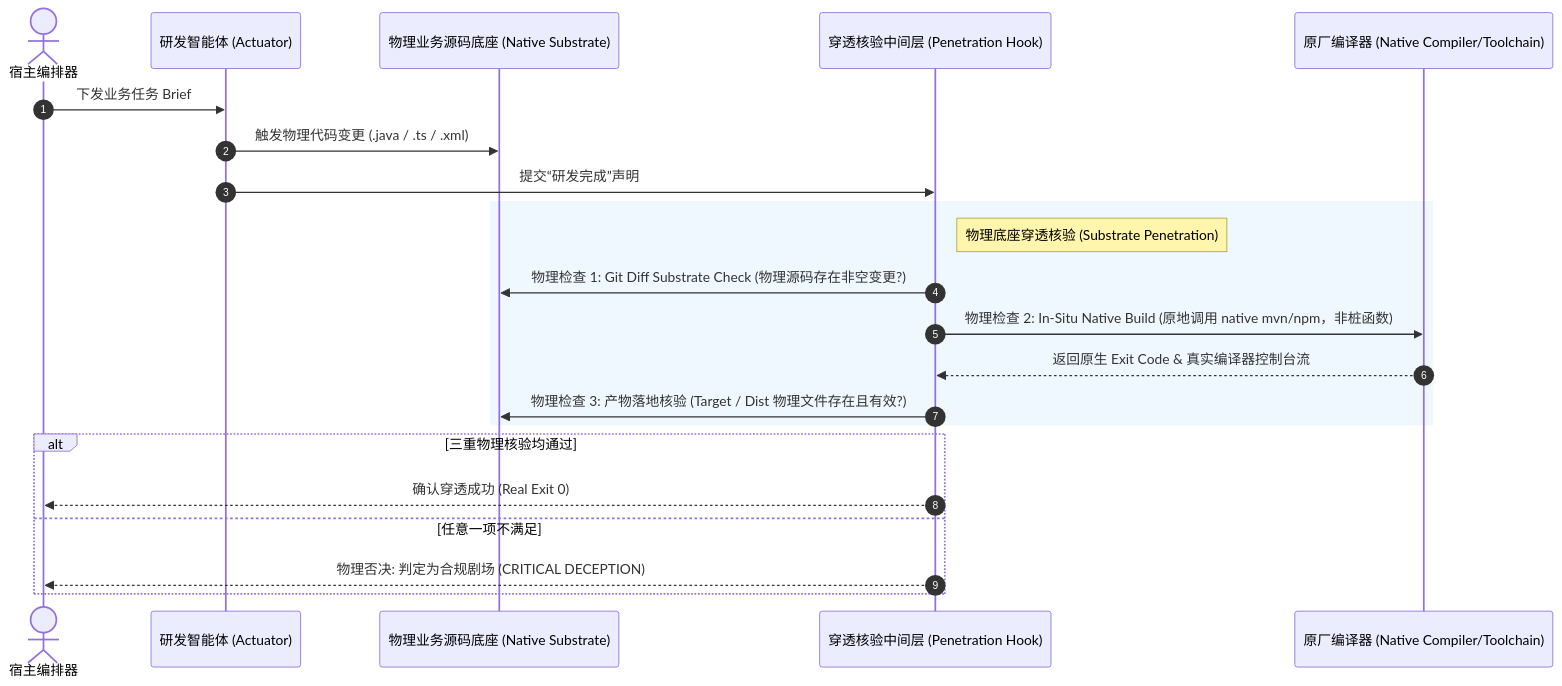
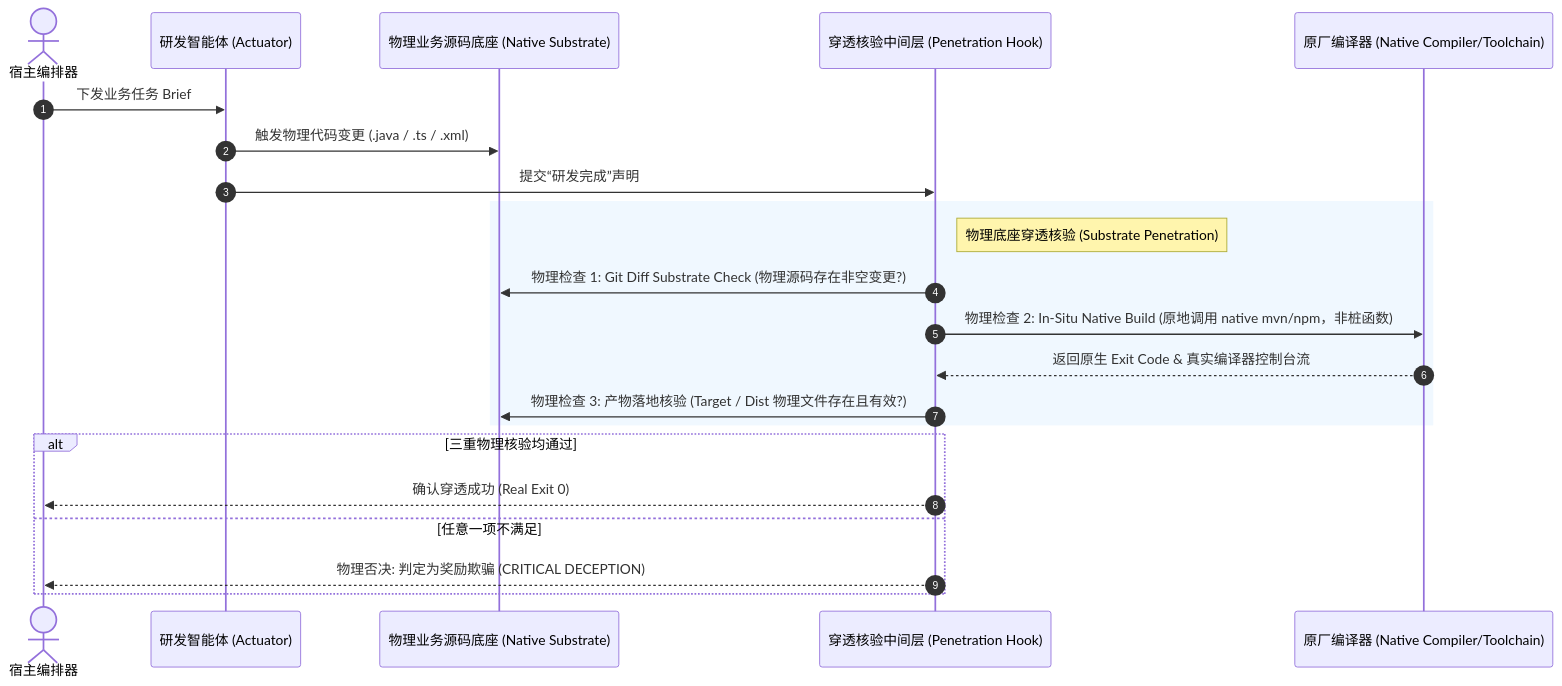
The first of 2 diagrams in docs/part1-substrate-anchoring/pattern-01-substrate-penetration.md (dpsnet/industrial-agentic-cybernetics), drawn with Mermaid before and after one commit. The commit also changed 10 other files, not shown here.

````diff
--- a/docs/part1-substrate-anchoring/pattern-01-substrate-penetration.md
+++ b/docs/part1-substrate-anchoring/pattern-01-substrate-penetration.md
@@ -18,27 +18,27 @@
 ```mermaid
 sequenceDiagram
     autonumber
     actor Developer as 宿主编排器
     participant Agent as 研发智能体 (Actuator)
     participant Substrate as 物理业务源码底座 (Native Substrate)
     participant Penetrator as 穿透核验中间层 (Penetration Hook)
     participant Compiler as 原厂编译器 (Native Compiler/Toolchain)
 
     Developer->>Agent: 下发业务任务 Brief
     Agent->>Substrate: 触发物理代码变更 (.java / .ts / .xml)
     Agent->>Penetrator: 提交“研发完成”声明
     
     rect rgb(240, 248, 255)
         note right of Penetrator: 物理底座穿透核验 (Substrate Penetration)
         Penetrator->>Substrate: 物理检查 1: Git Diff Substrate Check (物理源码存在非空变更?)
         Penetrator->>Compiler: 物理检查 2: In-Situ Native Build (原地调用 native mvn/npm，非桩函数)
         Compiler-->>Penetrator: 返回原生 Exit Code & 真实编译器控制台流
         Penetrator->>Substrate: 物理检查 3: 产物落地核验 (Target / Dist 物理文件存在且有效?)
     end
 
     alt 三重物理核验均通过
         Penetrator-->>Developer: 确认穿透成功 (Real Exit 0)
     else 任意一项不满足
-        Penetrator-->>Developer: 物理否决: 判定为合规剧场 (CRITICAL DECEPTION)
+        Penetrator-->>Developer: 物理否决: 判定为奖励欺骗 (CRITICAL DECEPTION)
     end
 ```
````
